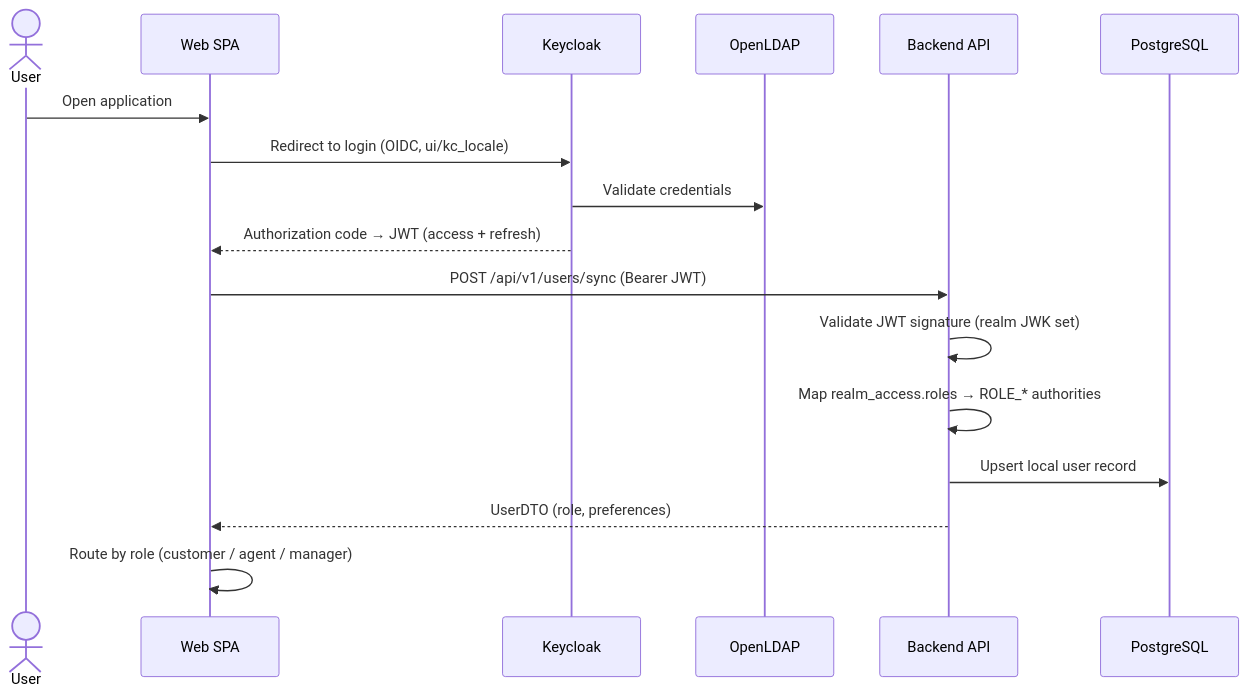
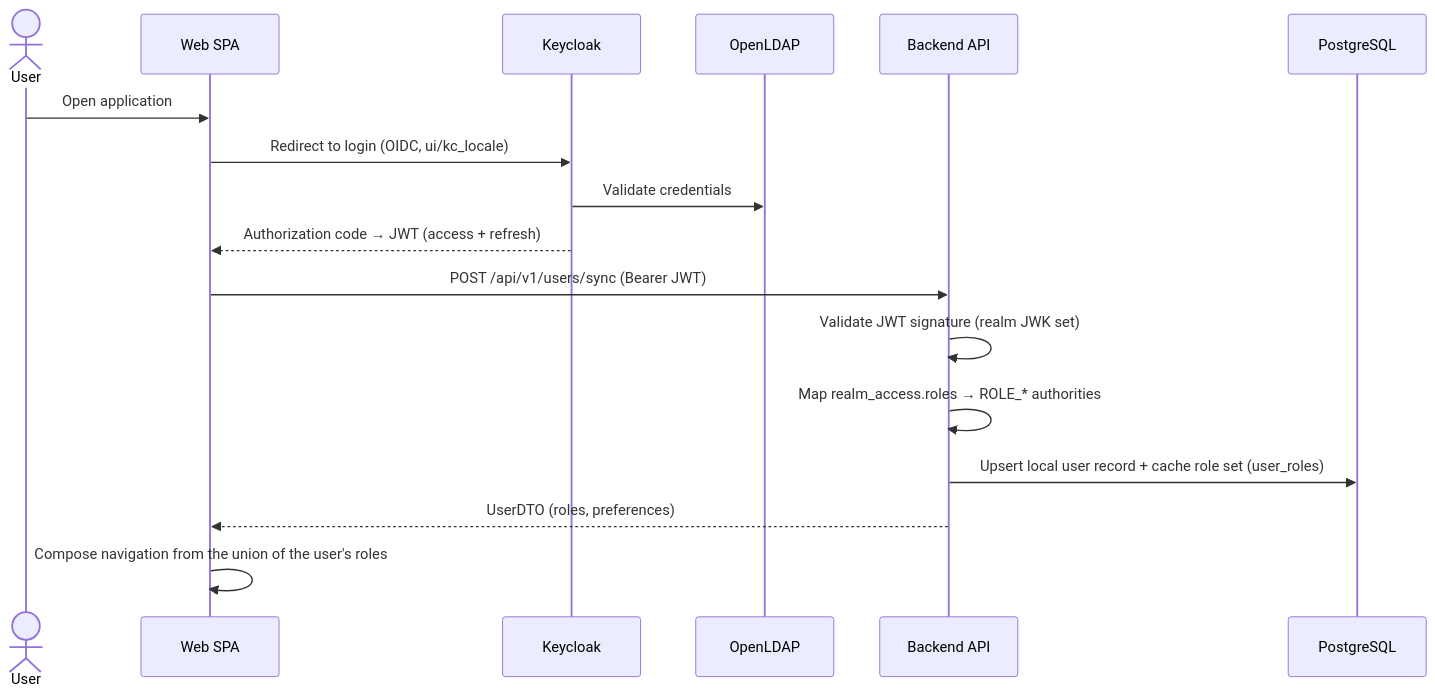
The third of 6 diagrams in docs/ARCHITECTURE.md (UKBey/TicketSystem), drawn with Mermaid before and after one commit. The commit also changed other lines of this file and 7 other files, not shown here.

Commit message:
docs(rbac): migrate all docs to the multi-role model (customer/agent/lead_agent/admin/manager)

````diff
--- a/docs/ARCHITECTURE.md
+++ b/docs/ARCHITECTURE.md
@@ -184,20 +188,20 @@
 ```mermaid
 sequenceDiagram
     actor User
     participant SPA as Web SPA
     participant KC as Keycloak
     participant LDAP as OpenLDAP
     participant API as Backend API
     participant DB as PostgreSQL
 
     User->>SPA: Open application
     SPA->>KC: Redirect to login (OIDC, ui/kc_locale)
     KC->>LDAP: Validate credentials
     KC-->>SPA: Authorization code → JWT (access + refresh)
     SPA->>API: POST /api/v1/users/sync (Bearer JWT)
     API->>API: Validate JWT signature (realm JWK set)
     API->>API: Map realm_access.roles → ROLE_* authorities
-    API->>DB: Upsert local user record
-    API-->>SPA: UserDTO (role, preferences)
-    SPA->>SPA: Route by role (customer / agent / manager)
+    API->>DB: Upsert local user record + cache role set (user_roles)
+    API-->>SPA: UserDTO (roles, preferences)
+    SPA->>SPA: Compose navigation from the union of the user's roles
 ```
````
